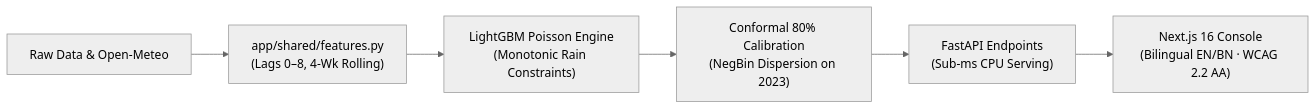
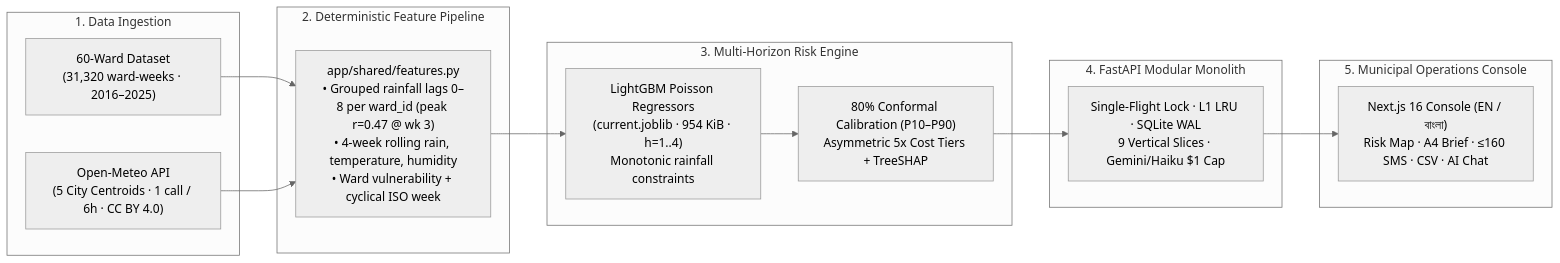
The first of 3 diagrams in README.md (akramrafid/Abhas---AI-Engineering-Hackathon), drawn with Mermaid (neutral theme) before and after one commit. The commit also changed other lines of this file and 6 other files, not shown here.

Commit message:
docs: author industry-standard READMEs and animated SVG data-flow, system-design, and ERD diagrams

````diff
--- a/README.md
+++ b/README.md
@@ -55,8 +128,31 @@
 ```mermaid
 flowchart LR
-    A["Raw Data & Open-Meteo"] --> B["app/shared/features.py<br/>(Lags 0–8, 4-Wk Rolling)"]
-    B --> C["LightGBM Poisson Engine<br/>(Monotonic Rain Constraints)"]
-    C --> D["Conformal 80% Calibration<br/>(NegBin Dispersion on 2023)"]
-    D --> E["FastAPI Endpoints<br/>(Sub-ms CPU Serving)"]
-    E --> F["Next.js 16 Console<br/>(Bilingual EN/BN · WCAG 2.2 AA)"]
+    subgraph Ingestion ["1. Data Ingestion"]
+        DS["60-Ward Dataset<br/>(31,320 ward-weeks · 2016–2025)"]
+        OM["Open-Meteo API<br/>(5 City Centroids · 1 call / 6h · CC BY 4.0)"]
+    end
+
+    subgraph Features ["2. Deterministic Feature Pipeline"]
+        FE["app/shared/features.py<br/>• Grouped rainfall lags 0–8 per ward_id (peak r=0.47 @ wk 3)<br/>• 4-week rolling rain, temperature, humidity<br/>• Ward vulnerability + cyclical ISO week"]
+    end
+
+    subgraph Model ["3. Multi-Horizon Risk Engine"]
+        LGBM["LightGBM Poisson Regressors<br/>(current.joblib · 954 KiB · h=1..4)<br/>Monotonic rainfall constraints"]
+        CAL["80% Conformal Calibration (P10–P90)<br/>Asymmetric 5x Cost Tiers + TreeSHAP"]
+    end
+
+    subgraph Serving ["4. FastAPI Modular Monolith"]
+        API["Single-Flight Lock · L1 LRU · SQLite WAL<br/>9 Vertical Slices · Gemini/Haiku $1 Cap"]
+    end
+
+    subgraph Outputs ["5. Municipal Operations Console"]
+        UI["Next.js 16 Console (EN / বাংলা)<br/>Risk Map · A4 Brief · ≤160 SMS · CSV · AI Chat"]
+    end
+
+    DS --> FE
+    OM --> FE
+    FE --> LGBM
+    LGBM --> CAL
+    CAL --> API
+    API --> UI
 ```
````
